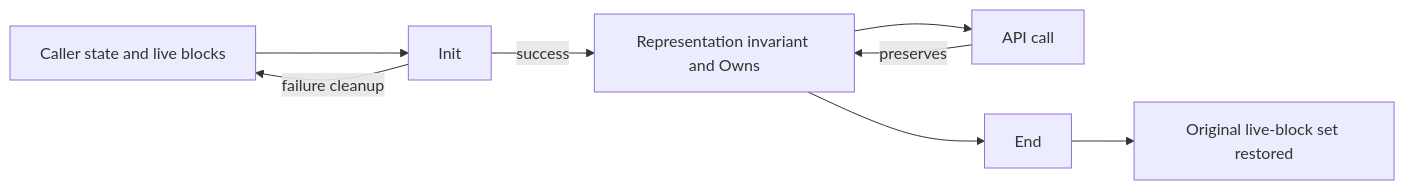
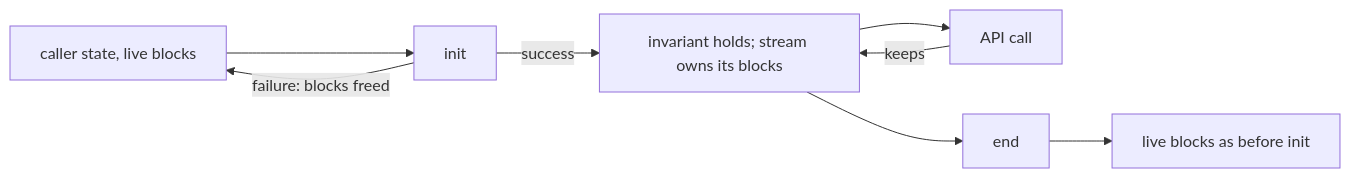
Before and after one commit to cla7aye15I4nd/oss-proof: the second of 2 diagrams in docs/proof/method.md, drawn with Mermaid. The commit also changed other lines of this file and 3 other files, not shown here.

````diff
--- a/docs/proof/method.md
+++ b/docs/proof/method.md
@@ -144,10 +143,10 @@
 ```mermaid
 flowchart LR
-    Before["Caller state and live blocks"] --> Init["Init"]
-    Init -->|success| Inv["Representation invariant and Owns"]
-    Init -->|failure cleanup| Before
+    Before["caller state, live blocks"] --> Init["init"]
+    Init -->|success| Inv["invariant holds; stream owns its blocks"]
+    Init -->|"failure: blocks freed"| Before
     Inv --> Call["API call"]
-    Call -->|preserves| Inv
-    Inv --> End["End"]
-    End --> Released["Original live-block set restored"]
+    Call -->|keeps| Inv
+    Inv --> End["end"]
+    End --> Released["live blocks as before init"]
 ```
````
